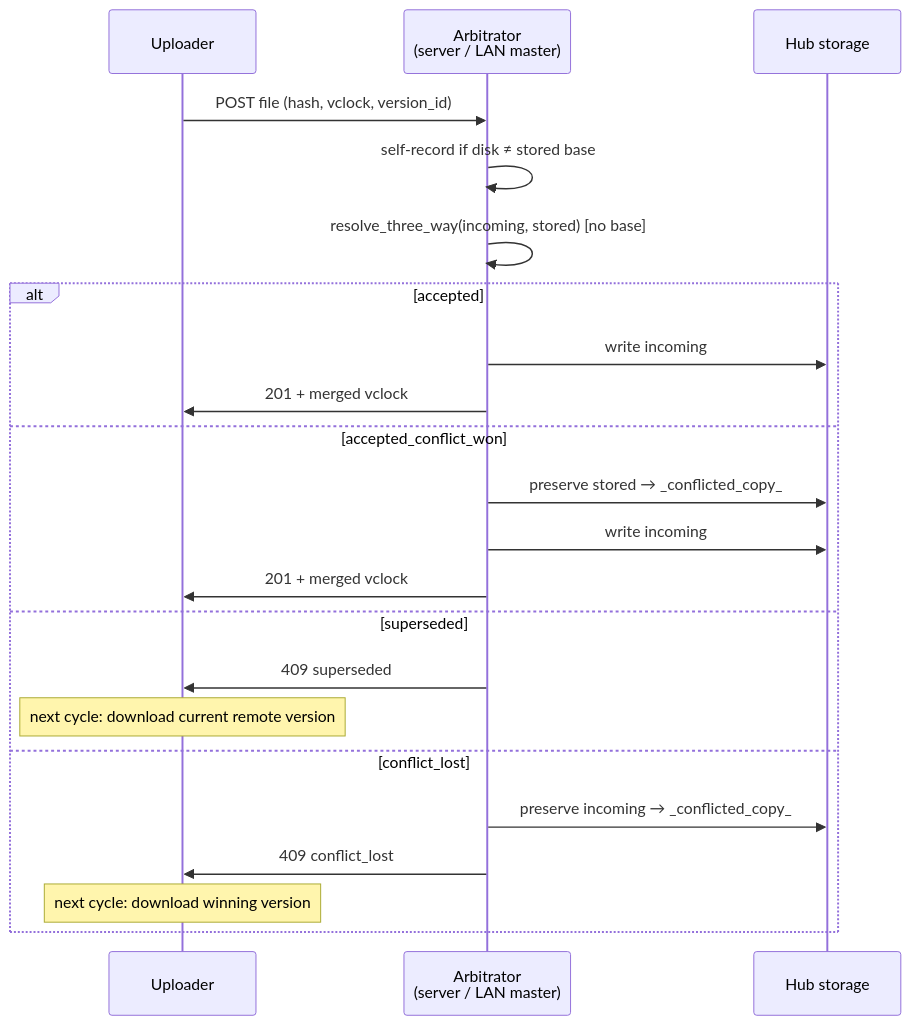
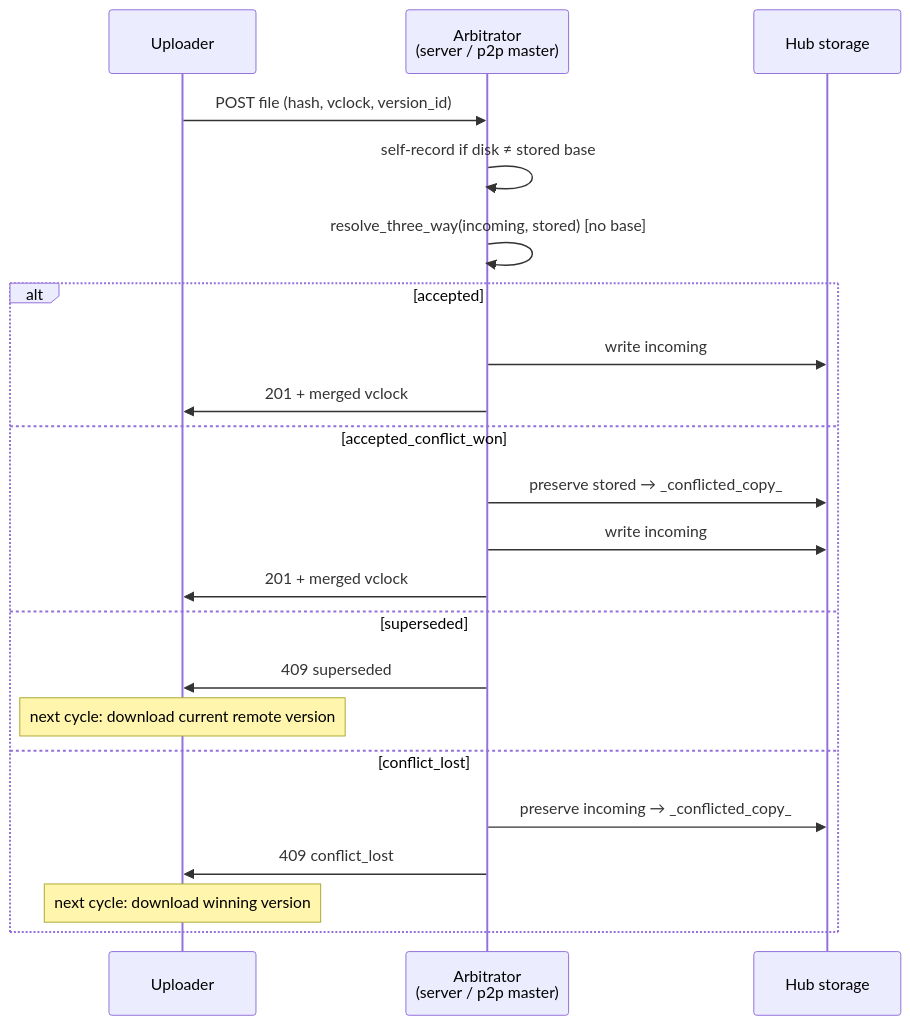
The third of 3 diagrams in docs/conflict-resolution.md (albertsdk/hsync-client), drawn with Mermaid before and after one commit. The commit also changed other lines of this file and 282 other files, not shown here.

````diff
--- a/docs/conflict-resolution.md
+++ b/docs/conflict-resolution.md
@@ -343,25 +343,25 @@
 ```mermaid
 sequenceDiagram
     participant C as Uploader
-    participant A as Arbitrator<br/>(server / LAN master)
+    participant A as Arbitrator<br/>(server / p2p master)
     participant F as Hub storage
 
     C->>A: POST file (hash, vclock, version_id)
     A->>A: self-record if disk ≠ stored base
     A->>A: resolve_three_way(incoming, stored)  [no base]
     alt accepted
         A->>F: write incoming
         A->>C: 201 + merged vclock
     else accepted_conflict_won
         A->>F: preserve stored → _conflicted_copy_
         A->>F: write incoming
         A->>C: 201 + merged vclock
     else superseded
         A->>C: 409 superseded
         Note over C: next cycle: download current remote version
     else conflict_lost
         A->>F: preserve incoming → _conflicted_copy_
         A->>C: 409 conflict_lost
         Note over C: next cycle: download winning version
     end
 ```
````
